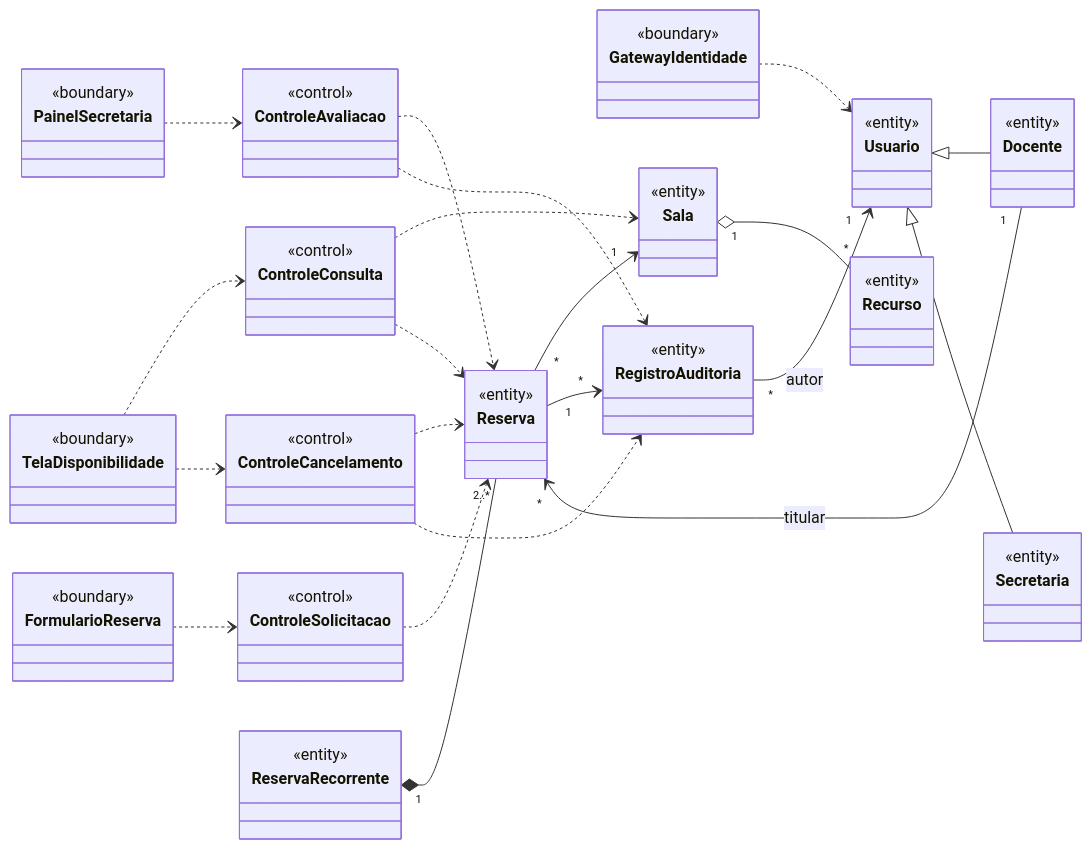
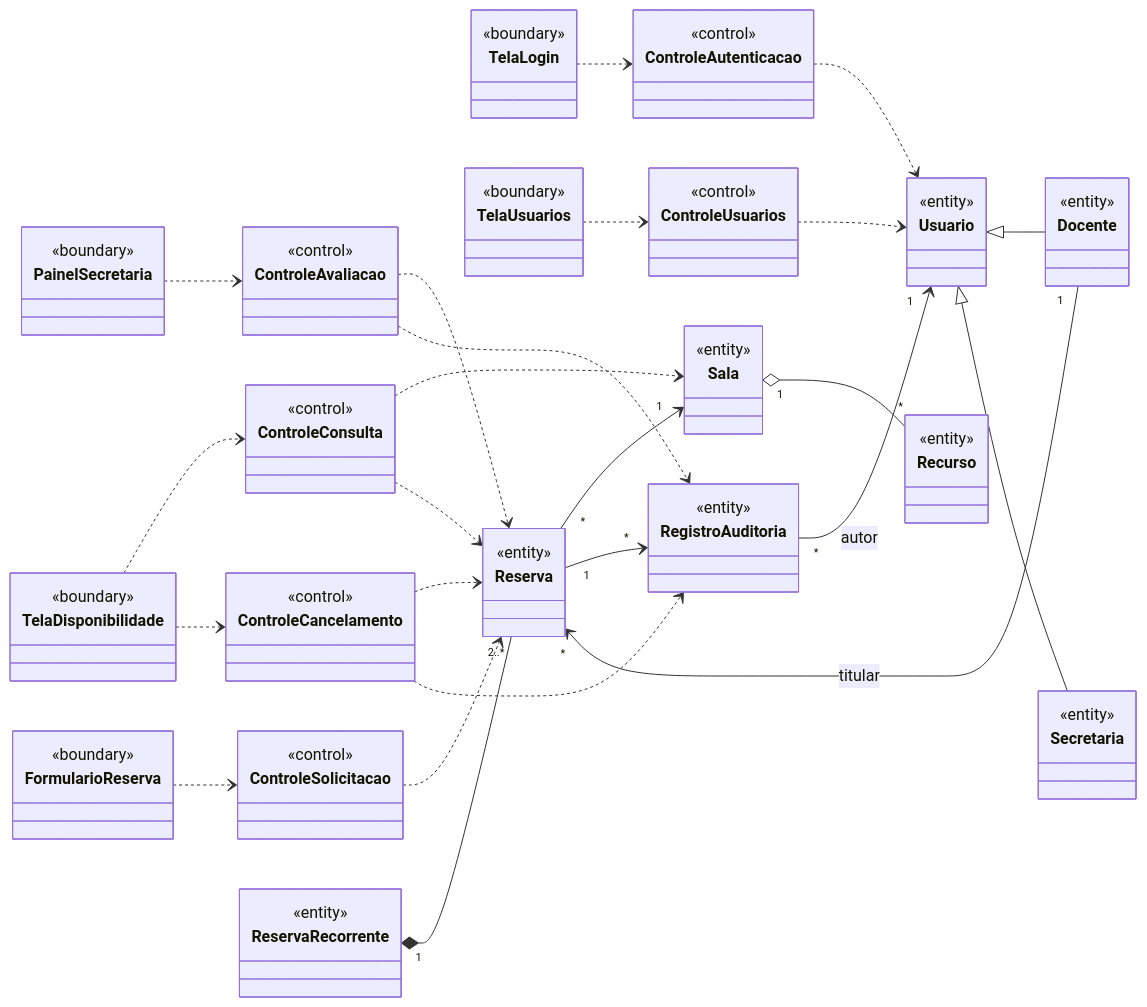
One commit to rkulesza/mps-modelo changed the diagram in docs/05-analise.md. Above: the diagram before and after it, drawn with Mermaid. The commit also changed other lines of this file and 16 other files, not shown here.

````diff
--- a/docs/05-analise.md
+++ b/docs/05-analise.md
@@ -7,45 +7,51 @@
 ```mermaid
 classDiagram
     direction LR
 
     class TelaDisponibilidade { <<boundary>> }
     class FormularioReserva { <<boundary>> }
     class PainelSecretaria { <<boundary>> }
-    class GatewayIdentidade { <<boundary>> }
+    class TelaLogin { <<boundary>> }
+    class TelaUsuarios { <<boundary>> }
 
     class ControleConsulta { <<control>> }
     class ControleSolicitacao { <<control>> }
     class ControleAvaliacao { <<control>> }
     class ControleCancelamento { <<control>> }
+    class ControleAutenticacao { <<control>> }
+    class ControleUsuarios { <<control>> }
 
     class Usuario { <<entity>> }
     class Docente { <<entity>> }
     class Secretaria { <<entity>> }
     class Sala { <<entity>> }
     class Recurso { <<entity>> }
     class Reserva { <<entity>> }
     class ReservaRecorrente { <<entity>> }
     class RegistroAuditoria { <<entity>> }
 
     Usuario <|-- Docente
     Usuario <|-- Secretaria
     Sala "1" o-- "*" Recurso
     Docente "1" --> "*" Reserva : titular
     Reserva "*" --> "1" Sala
     ReservaRecorrente "1" *-- "2..*" Reserva
     Reserva "1" --> "*" RegistroAuditoria
     RegistroAuditoria "*" --> "1" Usuario : autor
 
     TelaDisponibilidade ..> ControleConsulta
     FormularioReserva ..> ControleSolicitacao
     PainelSecretaria ..> ControleAvaliacao
     TelaDisponibilidade ..> ControleCancelamento
     ControleConsulta ..> Sala
     ControleConsulta ..> Reserva
     ControleSolicitacao ..> Reserva
     ControleAvaliacao ..> Reserva
     ControleAvaliacao ..> RegistroAuditoria
     ControleCancelamento ..> Reserva
     ControleCancelamento ..> RegistroAuditoria
-    GatewayIdentidade ..> Usuario
+    TelaLogin ..> ControleAutenticacao
+    TelaUsuarios ..> ControleUsuarios
+    ControleAutenticacao ..> Usuario
+    ControleUsuarios ..> Usuario
 ```
````
